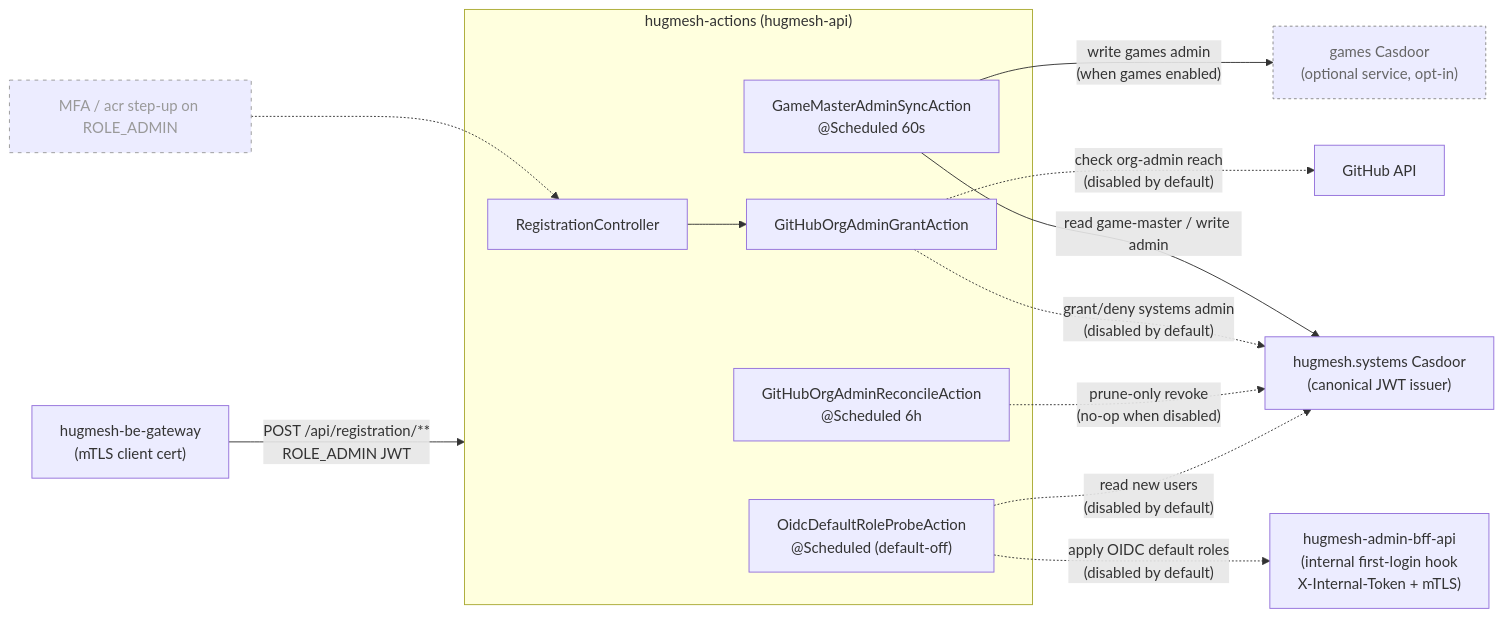
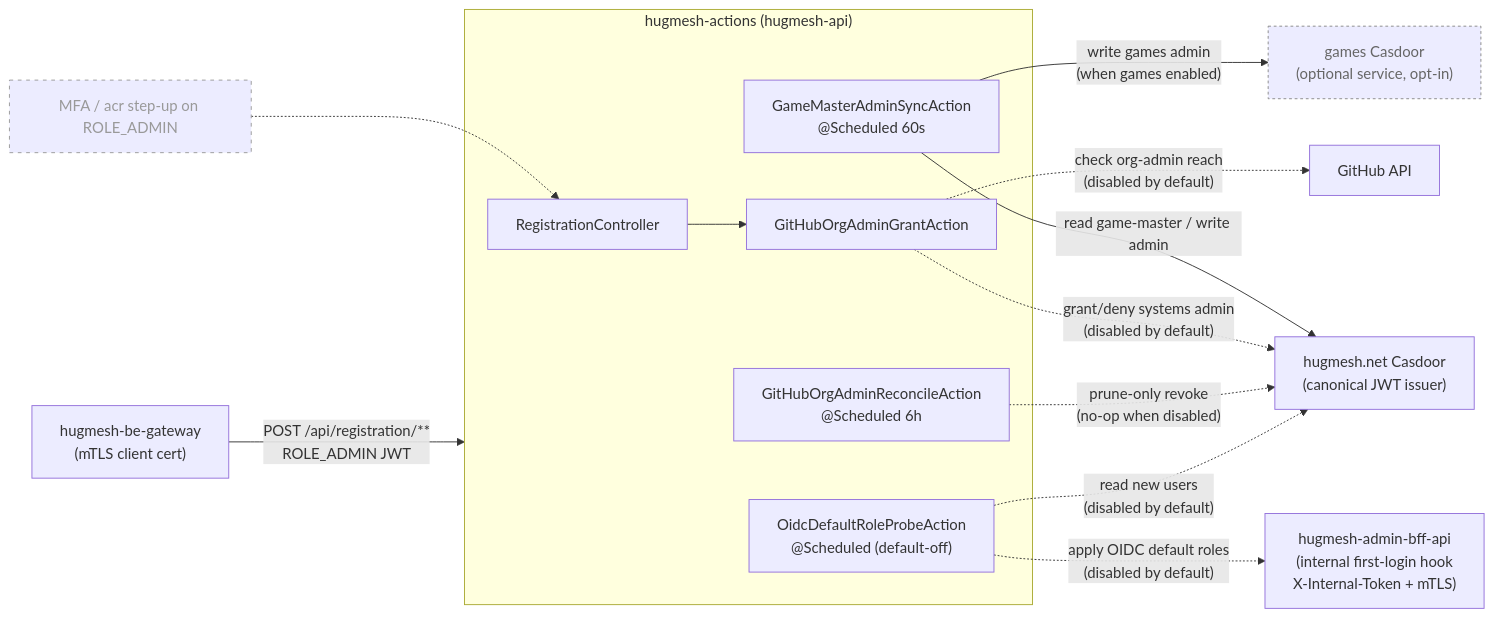
The first of 2 diagrams in README.md (hugmesh/hugmesh-actions), drawn with Mermaid before and after one commit. The commit also changed other lines of this file and 24 other files, not shown here.

First line of the commit message:
chore(rename): move Maven/Java coordinate systems.hugmesh -> net.hugmesh

````diff
--- a/README.md
+++ b/README.md
@@ -30,32 +30,32 @@
 ```mermaid
 flowchart LR
     GW["hugmesh-be-gateway<br/>(mTLS client cert)"] -->|"POST /api/registration/**<br/>ROLE_ADMIN JWT"| API
 
     subgraph API["hugmesh-actions (hugmesh-api)"]
         RC["RegistrationController"]
         GM["GameMasterAdminSyncAction<br/>@Scheduled 60s"]
         REV["GitHubOrgAdminReconcileAction<br/>@Scheduled 6h"]
         GHA["GitHubOrgAdminGrantAction"]
         OIDC["OidcDefaultRoleProbeAction<br/>@Scheduled (default-off)"]
         RC --> GHA
     end
 
-    SC["hugmesh.systems Casdoor<br/>(canonical JWT issuer)"]
+    SC["hugmesh.net Casdoor<br/>(canonical JWT issuer)"]
     GC["games Casdoor<br/>(optional service, opt-in)"]:::optional
     GH["GitHub API"]
     BFF["hugmesh-admin-bff-api<br/>(internal first-login hook<br/>X-Internal-Token + mTLS)"]
 
     GM -->|"read game-master / write admin"| SC
     GM -->|"write games admin<br/>(when games enabled)"| GC
     GHA -.->|"grant/deny systems admin<br/>(disabled by default)"| SC
     GHA -.->|"check org-admin reach<br/>(disabled by default)"| GH
     REV -.->|"prune-only revoke<br/>(no-op when disabled)"| SC
     OIDC -.->|"read new users<br/>(disabled by default)"| SC
     OIDC -.->|"apply OIDC default roles<br/>(disabled by default)"| BFF
 
     MFA["MFA / acr step-up on ROLE_ADMIN"]:::planned
     MFA -.-> RC
 
     classDef planned stroke-dasharray:4 5,stroke:#999,color:#999
     classDef optional stroke-dasharray:3 3,stroke:#888,color:#666
 ```
````
